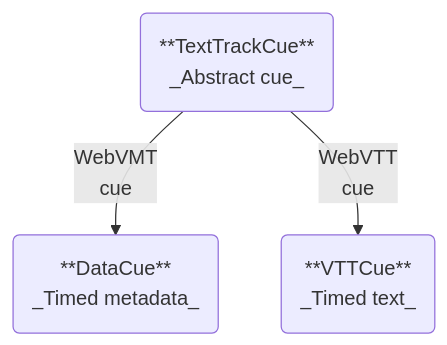
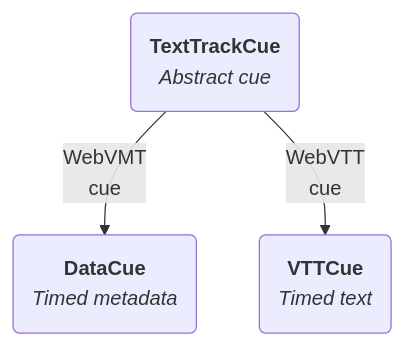
Before and after one commit to webvmt/vmt-sync-examples: the fourth of 4 diagrams in README.md, drawn with Mermaid. The commit also changed other lines of this file, not shown here.

Commit message:
Fixed typos in ReadMe
* Update README.md

Added TextTrackCue diagram

* Update README.md

Updated diagram layout

* Update README.md

* Update README.md

Bug fixed Mermaid diagram

* Update README.md

Bug fixed typo

````diff
--- a/README.md
+++ b/README.md
@@ -185,10 +185,10 @@
 ```mermaid
 graph TD
-    A("**TextTrackCue**
-    _Abstract cue_") --> |"WebVMT
-    cue"| C("**DataCue**
-    _Timed metadata_")
+    A("<b>TextTrackCue</b>
+    <i>Abstract cue</i>") --> |"WebVMT
+    cue"| C("<b>DataCue</b>
+    <i>Timed metadata</i>")
     A --> |"WebVTT
-    cue"| B("**VTTCue**
-    _Timed text_")
+    cue"| B("<b>VTTCue</b>
+    <i>Timed text</i>")
 ```
````
